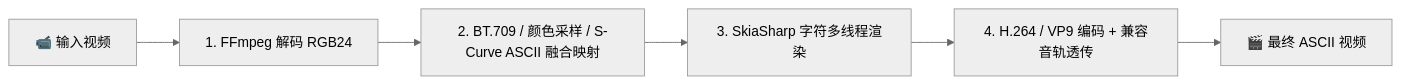
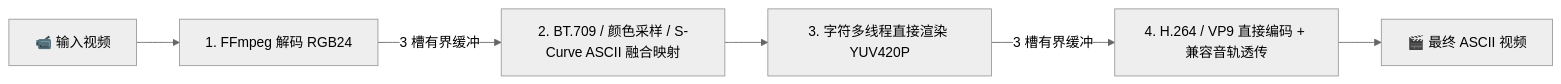
One commit to Mousika2049/ASCII-Video changed the diagram in README.md. Above: the diagram before and after it, drawn with Mermaid (neutral theme). The commit also changed other lines of this file and 17 other files, not shown here.

````diff
--- a/README.md
+++ b/README.md
@@ -36,8 +36,8 @@
 ```mermaid
 flowchart LR
     A[📹 输入视频] --> B[1. FFmpeg 解码 RGB24]
-    B --> C[2. BT.709 / 颜色采样 / S-Curve ASCII 融合映射]
-    C --> D[3. SkiaSharp 字符多线程渲染]
-    D --> E[4. H.264 / VP9 编码 + 兼容音轨透传]
+    B -->|3 槽有界缓冲| C[2. BT.709 / 颜色采样 / S-Curve ASCII 融合映射]
+    C --> D[3. 字符多线程直接渲染 YUV420P]
+    D -->|3 槽有界缓冲| E[4. H.264 / VP9 直接编码 + 兼容音轨透传]
     E --> F[🎬 最终 ASCII 视频]
 ```
````
